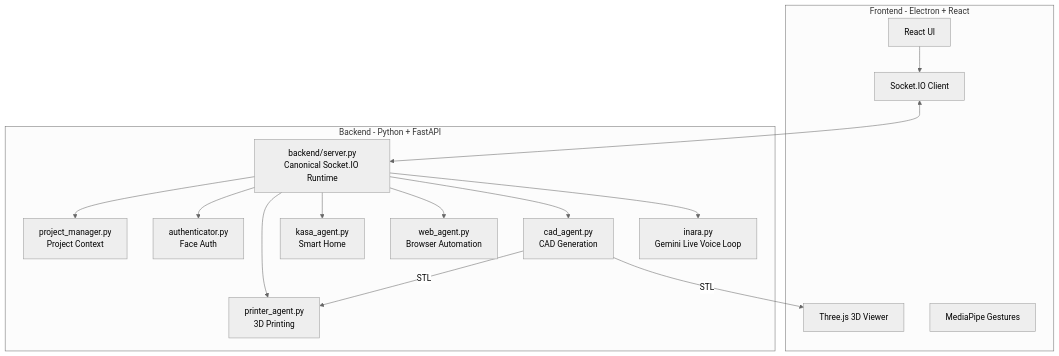
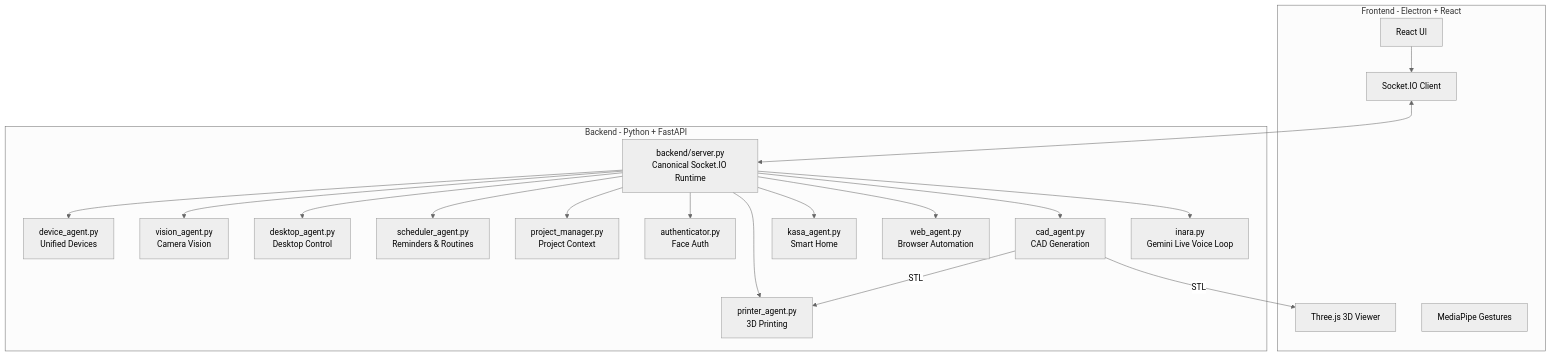
The diagram in README.md (Herorif/INARA), drawn with Mermaid (neutral theme) before and after one commit. The commit also changed other lines of this file, not shown here.

Commit message:
docs: add reminders, desktop, vision to feature table; update architecture and config

````diff
--- a/README.md
+++ b/README.md
@@ -67,32 +71,40 @@
 ```mermaid
 graph TB
     subgraph Frontend ["Frontend - Electron + React"]
         UI[React UI]
         THREE[Three.js 3D Viewer]
         GESTURE[MediaPipe Gestures]
         SOCKET_C[Socket.IO Client]
     end
 
     subgraph Backend ["Backend - Python + FastAPI"]
         SERVER[backend/server.py<br/>Canonical Socket.IO Runtime]
         LIVE[inara.py<br/>Gemini Live Voice Loop]
         CAD[cad_agent.py<br/>CAD Generation]
         WEB[web_agent.py<br/>Browser Automation]
         PRINTER[printer_agent.py<br/>3D Printing]
         KASA[kasa_agent.py<br/>Smart Home]
         AUTH[authenticator.py<br/>Face Auth]
         PROJECT[project_manager.py<br/>Project Context]
+        SCHED[scheduler_agent.py<br/>Reminders & Routines]
+        DESK[desktop_agent.py<br/>Desktop Control]
+        VIS[vision_agent.py<br/>Camera Vision]
+        DEV[device_agent.py<br/>Unified Devices]
     end
 
     UI --> SOCKET_C
     SOCKET_C <--> SERVER
     SERVER --> LIVE
     SERVER --> CAD
     SERVER --> WEB
     SERVER --> KASA
     SERVER --> PRINTER
     SERVER --> AUTH
     SERVER --> PROJECT
+    SERVER --> SCHED
+    SERVER --> DESK
+    SERVER --> VIS
+    SERVER --> DEV
     CAD -->|STL| THREE
     CAD -->|STL| PRINTER
 ```
````
